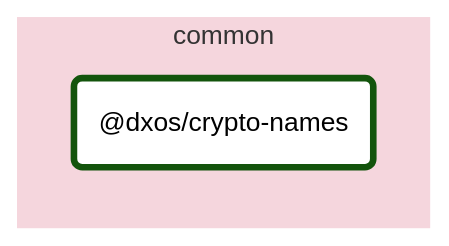
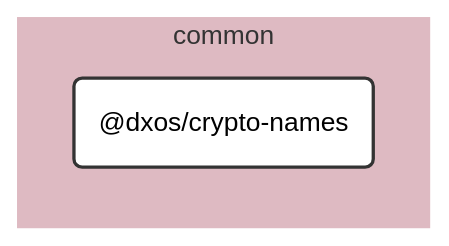
One commit to dxos/dxos changed the diagram in packages/common/crypto-names/docs/README.md. Above: the diagram before and after it, drawn with Mermaid (forest theme). The commit also changed 100 other files, not shown here.

````diff
--- a/packages/common/crypto-names/docs/README.md
+++ b/packages/common/crypto-names/docs/README.md
@@ -7,12 +7,25 @@
 ```mermaid
-flowchart LR;
+%%{ init: {'flowchart':{'curve':'basis'}} }%%
 
-style dxos/crypto-names fill:#fff,stroke-width:4px;
+flowchart LR
+
+%% Links
+
+%% Sections
+subgraph common
+  style common fill:#debac2,stroke:#fff;
+
+  dxos/crypto-names("@dxos/crypto-names")
+end
 
 
-subgraph common
-  style common fill:#f5d6dd,stroke:#fff;
-  dxos/crypto-names("@dxos/crypto-names");
-end
+%% Hyperlinks
+
+%% Styles
+classDef rootNode fill:#fff,stroke:#333,stroke-width:2px
+classDef defaultNode fill:#fff,stroke:#333,stroke-width:1px
+linkStyle default stroke:#333,stroke-width:1px
+
+dxos/crypto-names:::rootNode
 
 ```
````
